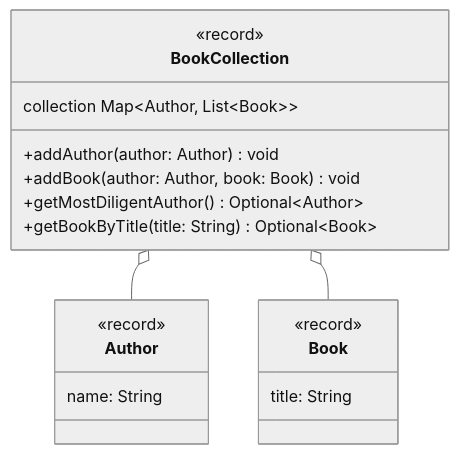
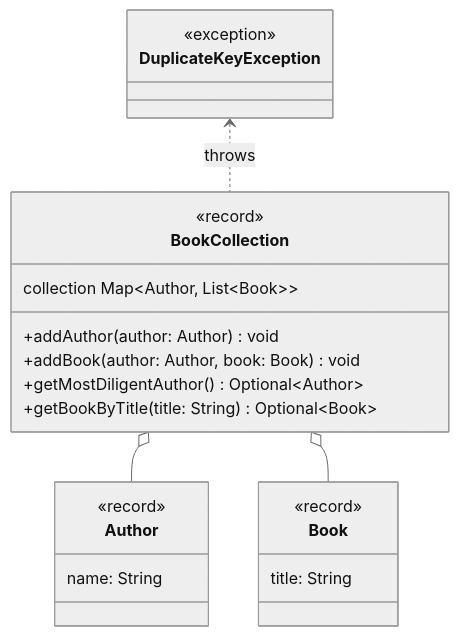
One commit to jappuccini/java-docs changed the diagram in docs/exercises/optionals/optionals01.md. Above: the diagram before and after it, drawn with Mermaid (neutral theme). The commit also changed 1 other file, not shown here.

````diff
--- a/docs/exercises/optionals/optionals01.md
+++ b/docs/exercises/optionals/optionals01.md
@@ -14,24 +14,29 @@
 ```mermaid
 classDiagram
     BookCollection o-- Author
     BookCollection o-- Book
+    DuplicateKeyException <.. BookCollection : throws
 
     class Author {
         <<record>>
         name: String
     }
 
     class Book {
         <<record>>
         title: String
     }
 
     class BookCollection {
         <<record>>
         collection Map~Author&sbquo; List~Book~~
         +addAuthor(author: Author) void
         +addBook(author: Author, book: Book) void
         +getMostDiligentAuthor() Optional~Author~
         +getBookByTitle(title: String) Optional~Book~
     }
+
+    class DuplicateKeyException {
+        <<exception>>
+    }
 ```
````
